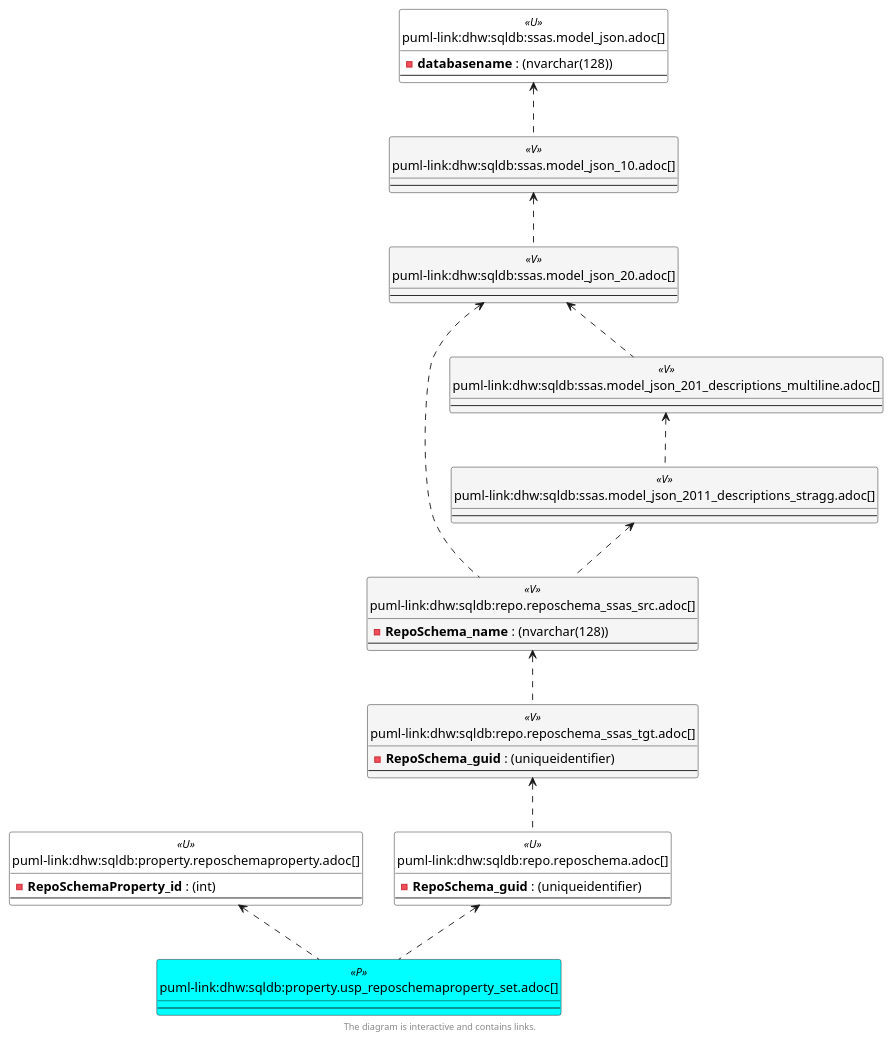
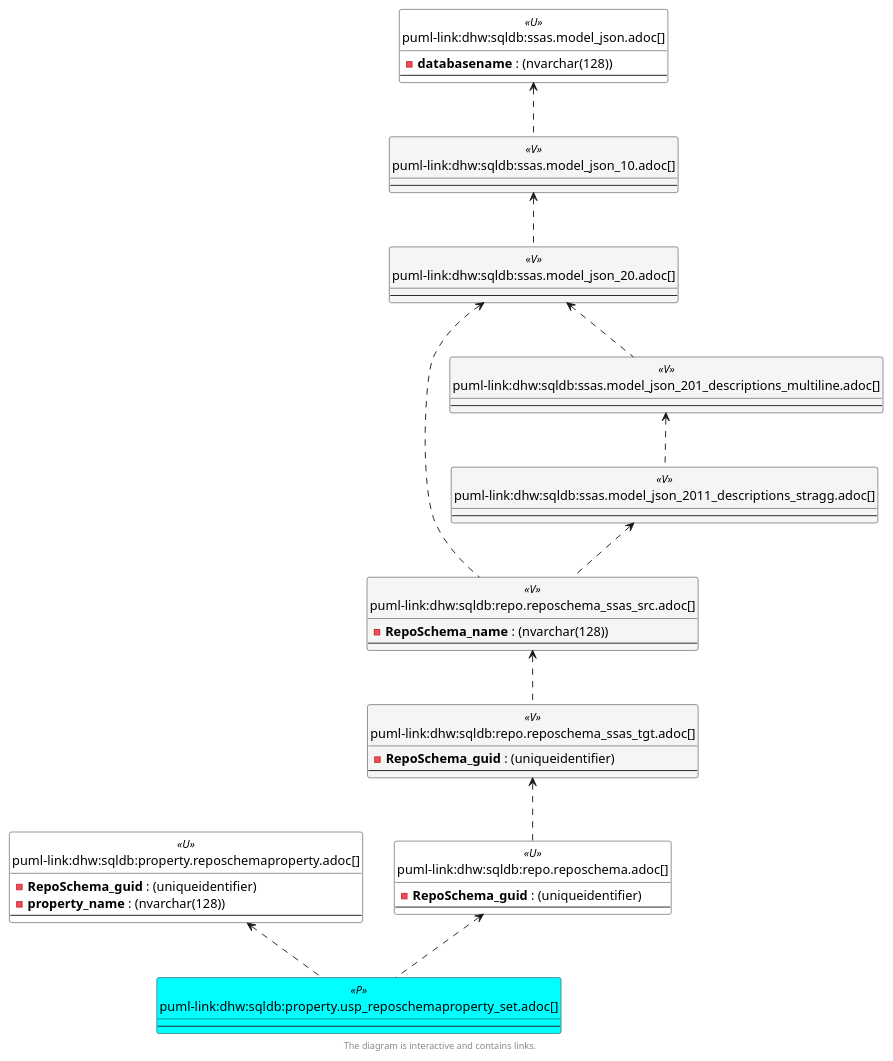
One commit to DataHandwerk/dhw-antora-sqldb changed the fourth of 6 diagrams in docs/modules/sqldb/partials/content/property.usp_reposchemaproperty_set.adoc. Above: the diagram before and after it, drawn with PlantUML. The commit also changed other lines of this file and 751 other files, not shown here.

```diff
--- a/docs/modules/sqldb/partials/content/property.usp_reposchemaproperty_set.adoc
+++ b/docs/modules/sqldb/partials/content/property.usp_reposchemaproperty_set.adoc
@@ -591,7 +592,8 @@
 
 
 entity "puml-link:dhw:sqldb:property.reposchemaproperty.adoc[]" as property.RepoSchemaProperty << U >> {
-  - **RepoSchemaProperty_id** : (int)
+  - **RepoSchema_guid** : (uniqueidentifier)
+  - **property_name** : (nvarchar(128))
   --
 }
 
```
